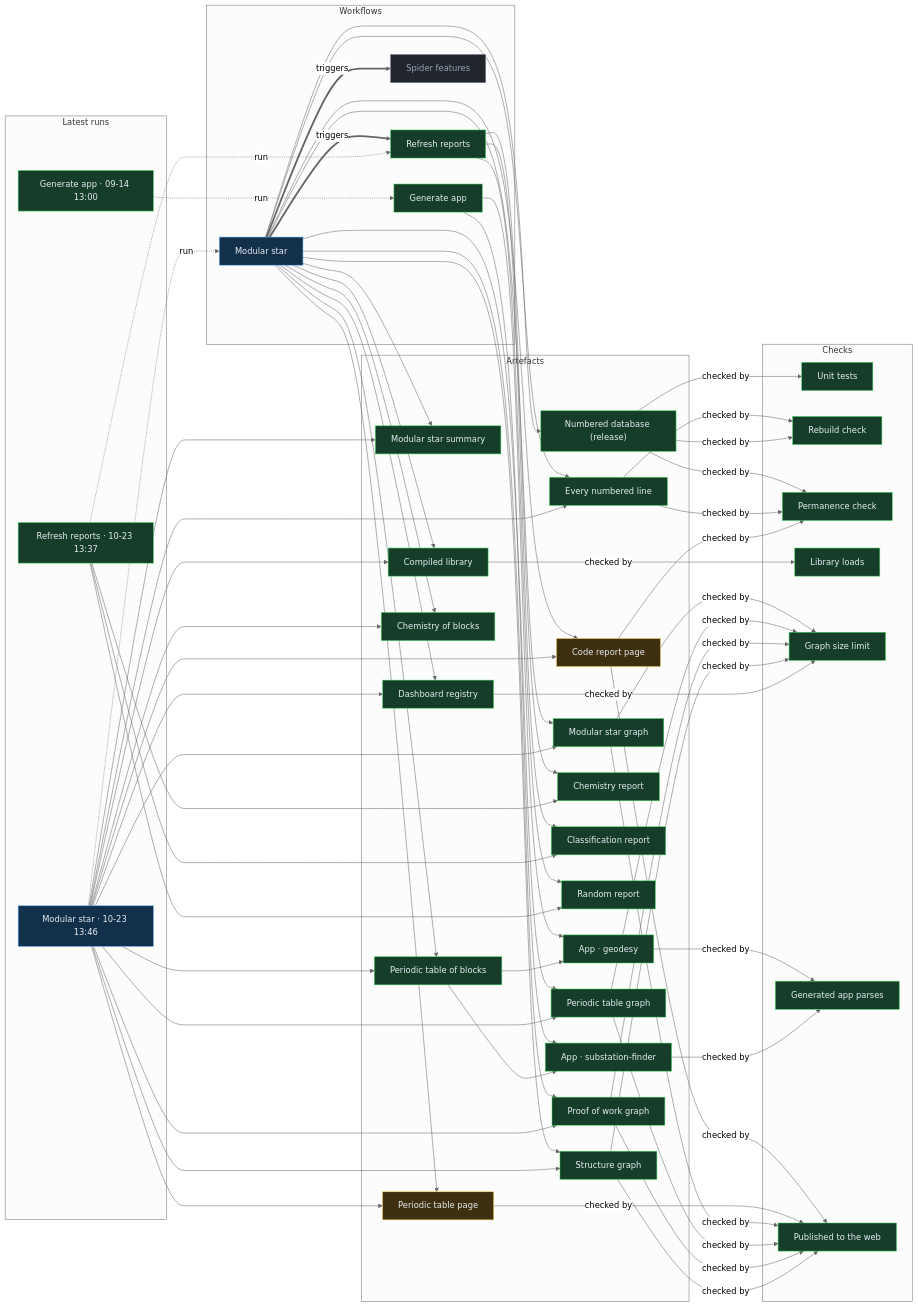
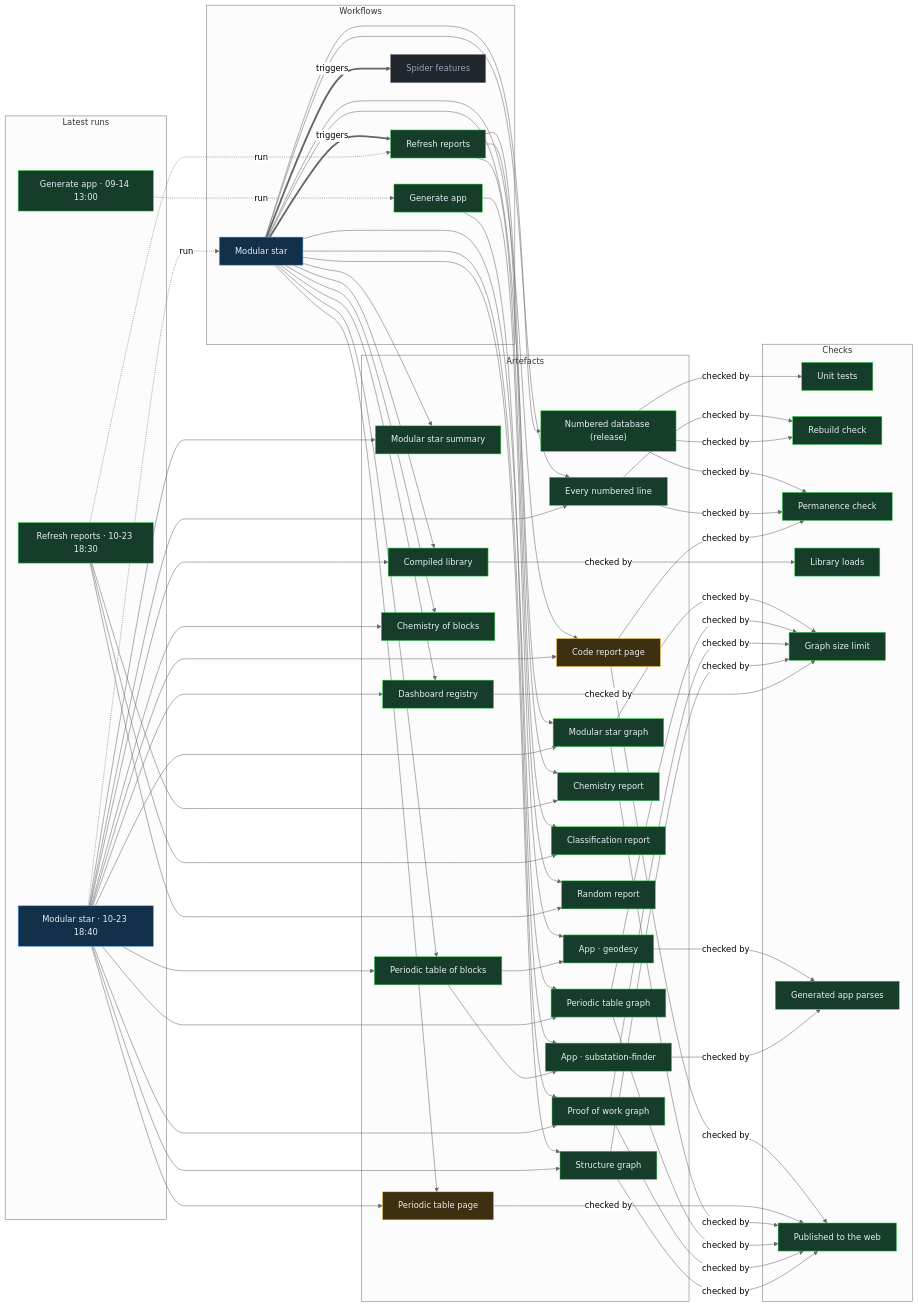
The diagram in proof/PROOF.md (Ventusltd/stars), drawn with Mermaid (neutral theme) before and after one commit. The commit also changed other lines of this file and 130 other files, not shown here.

Commit message:
Modular star 2026-10-23T18:43Z

```diff
--- a/proof/PROOF.md
+++ b/proof/PROOF.md
@@ -24,8 +24,8 @@
   n_wf_spider_features["Spider features"]:::off
   end
   subgraph g_runs["Latest runs"]
-  n_run_39964033493["Modular star · 10-23 13:46"]:::live
-  n_run_39962783175["Refresh reports · 10-23 13:37"]:::ok
+  n_run_40005294962["Modular star · 10-23 18:40"]:::live
+  n_run_40003900425["Refresh reports · 10-23 18:30"]:::ok
   n_run_34846587798["Generate app · 09-14 13:00"]:::ok
   end
   subgraph g_artefacts["Artefacts"]
@@ -59,39 +59,39 @@
   end
   n_wf_modular_star == triggers ==> n_wf_refresh
   n_wf_modular_star == triggers ==> n_wf_spider_features
-  n_run_39964033493 -. run .-> n_wf_modular_star
-  n_run_39962783175 -. run .-> n_wf_refresh
+  n_run_40005294962 -. run .-> n_wf_modular_star
+  n_run_40003900425 -. run .-> n_wf_refresh
   n_run_34846587798 -. run .-> n_wf_generate
   n_wf_modular_star --> n_art_summary
-  n_run_39964033493 --> n_art_summary
+  n_run_40005294962 --> n_art_summary
   n_wf_modular_star --> n_art_lines
-  n_run_39964033493 --> n_art_lines
+  n_run_40005294962 --> n_art_lines
   n_wf_modular_star --> n_art_code
-  n_run_39964033493 --> n_art_code
+  n_run_40005294962 --> n_art_code
   n_wf_modular_star --> n_art_modular_graph
-  n_run_39964033493 --> n_art_modular_graph
+  n_run_40005294962 --> n_art_modular_graph
   n_wf_modular_star --> n_art_blocks
-  n_run_39964033493 --> n_art_blocks
+  n_run_40005294962 --> n_art_blocks
   n_wf_modular_star --> n_art_table
-  n_run_39964033493 --> n_art_table
+  n_run_40005294962 --> n_art_table
   n_wf_modular_star --> n_art_blocks_graph
-  n_run_39964033493 --> n_art_blocks_graph
+  n_run_40005294962 --> n_art_blocks_graph
   n_wf_modular_star --> n_art_reactions
-  n_run_39964033493 --> n_art_reactions
+  n_run_40005294962 --> n_art_reactions
   n_wf_modular_star --> n_art_library
-  n_run_39964033493 --> n_art_library
+  n_run_40005294962 --> n_art_library
   n_wf_modular_star --> n_art_features
-  n_run_39964033493 --> n_art_features
+  n_run_40005294962 --> n_art_features
   n_wf_modular_star --> n_art_proof
-  n_run_39964033493 --> n_art_proof
+  n_run_40005294962 --> n_art_proof
   n_wf_modular_star --> n_art_structure
-  n_run_39964033493 --> n_art_structure
+  n_run_40005294962 --> n_art_structure
   n_wf_refresh --> n_art_chemistry
-  n_run_39962783175 --> n_art_chemistry
+  n_run_40003900425 --> n_art_chemistry
   n_wf_refresh --> n_art_vedic
-  n_run_39962783175 --> n_art_vedic
+  n_run_40003900425 --> n_art_vedic
   n_wf_refresh --> n_art_random
-  n_run_39962783175 --> n_art_random
+  n_run_40003900425 --> n_art_random
   n_wf_modular_star --> n_art_release
   n_wf_generate --> n_app_geodesy
   n_art_blocks --> n_app_geodesy
```
